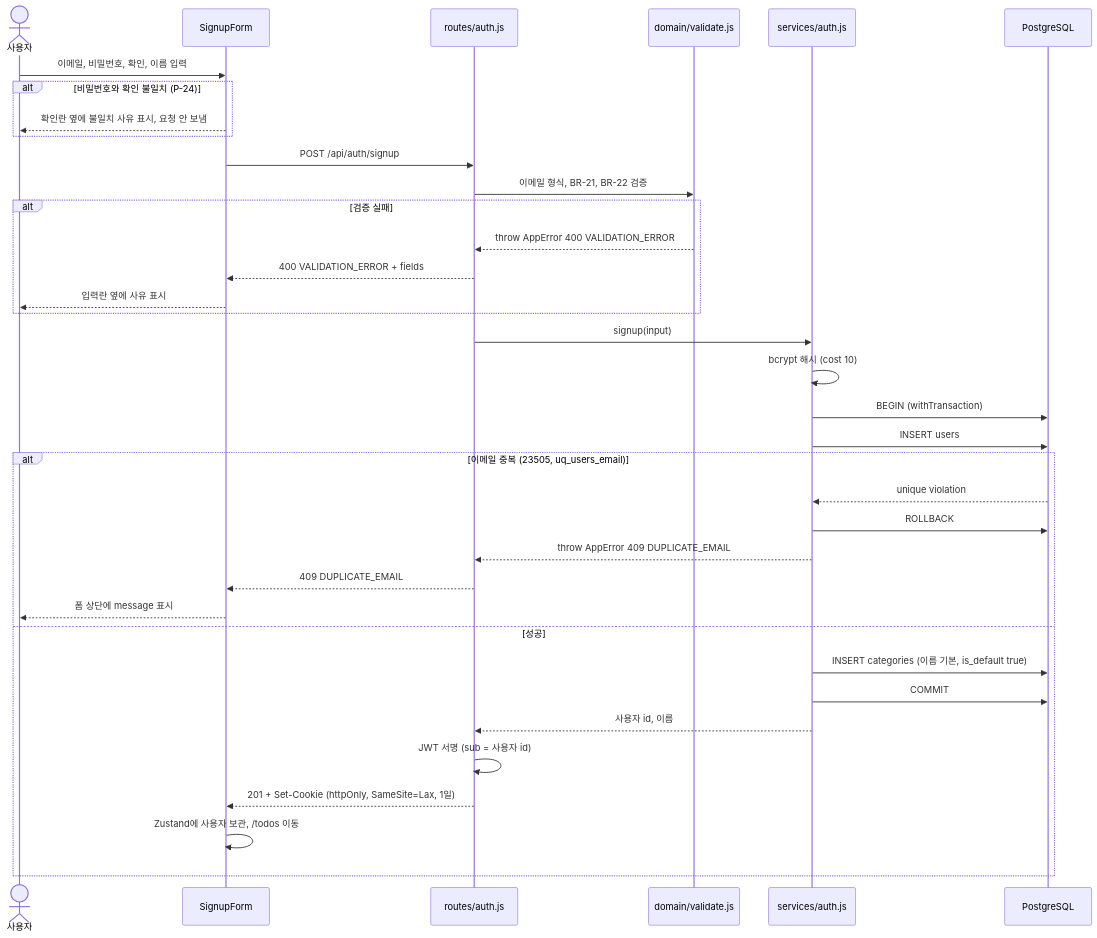
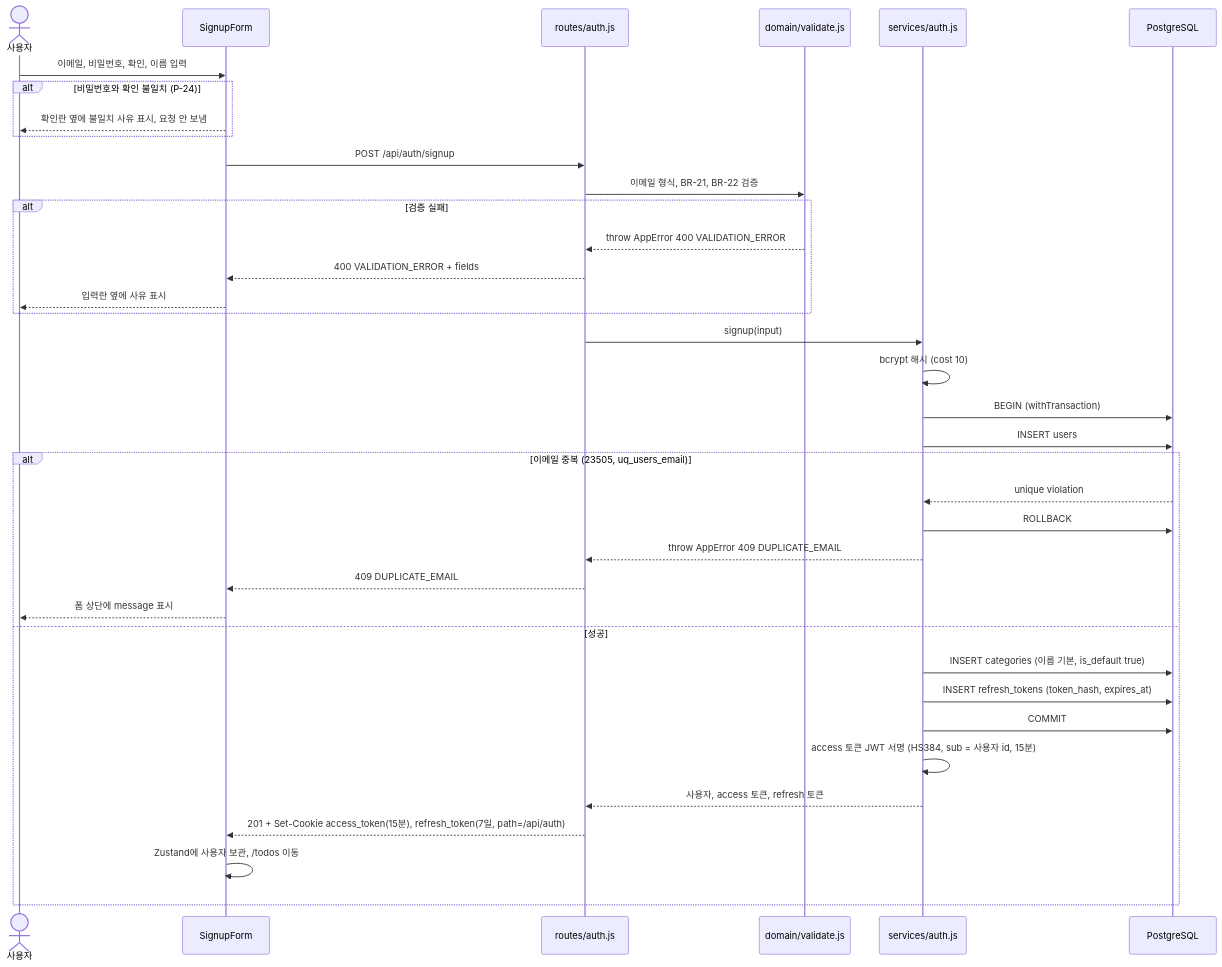
One commit to pomyeong/todolist-app changed the fourth of 10 diagrams in docs/6-arch-diagram.md. Above: the diagram before and after it, drawn with Mermaid. The commit also changed other lines of this file and 7 other files, not shown here.

First line of the commit message:
docs: 실행 계획(WBS) 추가, JWT HS384·refresh 토큰 인증 반영, 문서 간 정합성 정리

````diff
--- a/docs/6-arch-diagram.md
+++ b/docs/6-arch-diagram.md
@@ -180,39 +186,40 @@
 ```mermaid
 sequenceDiagram
     actor U as 사용자
     participant FE as SignupForm
     participant RT as routes/auth.js
     participant VD as domain/validate.js
     participant SV as services/auth.js
     participant DB as PostgreSQL
 
     U->>FE: 이메일, 비밀번호, 확인, 이름 입력
     alt 비밀번호와 확인 불일치 (P-24)
         FE-->>U: 확인란 옆에 불일치 사유 표시, 요청 안 보냄
     end
     FE->>RT: POST /api/auth/signup
     RT->>VD: 이메일 형식, BR-21, BR-22 검증
     alt 검증 실패
         VD-->>RT: throw AppError 400 VALIDATION_ERROR
         RT-->>FE: 400 VALIDATION_ERROR + fields
         FE-->>U: 입력란 옆에 사유 표시
     end
     RT->>SV: signup(input)
     SV->>SV: bcrypt 해시 (cost 10)
     SV->>DB: BEGIN (withTransaction)
     SV->>DB: INSERT users
     alt 이메일 중복 (23505, uq_users_email)
         DB-->>SV: unique violation
         SV->>DB: ROLLBACK
         SV-->>RT: throw AppError 409 DUPLICATE_EMAIL
         RT-->>FE: 409 DUPLICATE_EMAIL
         FE-->>U: 폼 상단에 message 표시
     else 성공
         SV->>DB: INSERT categories (이름 기본, is_default true)
+        SV->>DB: INSERT refresh_tokens (token_hash, expires_at)
         SV->>DB: COMMIT
-        SV-->>RT: 사용자 id, 이름
-        RT->>RT: JWT 서명 (sub = 사용자 id)
-        RT-->>FE: 201 + Set-Cookie (httpOnly, SameSite=Lax, 1일)
+        SV->>SV: access 토큰 JWT 서명 (HS384, sub = 사용자 id, 15분)
+        SV-->>RT: 사용자, access 토큰, refresh 토큰
+        RT-->>FE: 201 + Set-Cookie access_token(15분), refresh_token(7일, path=/api/auth)
         FE->>FE: Zustand에 사용자 보관, /todos 이동
     end
 ```
````
